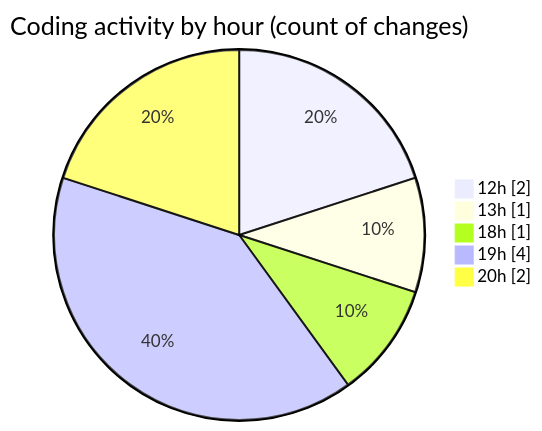
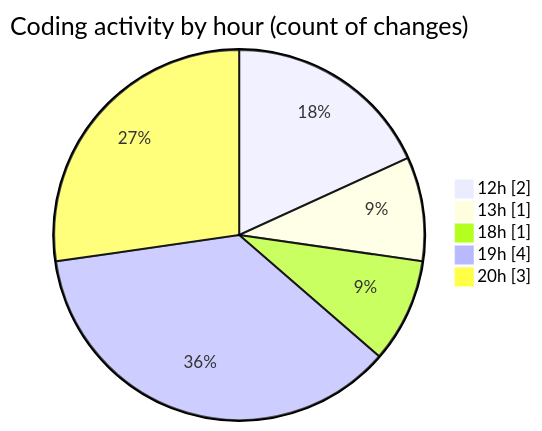
One commit to NitaiMahat/code-tracking changed the second of 2 diagrams in 2025-02-10/classwork/README.md. Above: the diagram before and after it, drawn with Mermaid. The commit also changed other lines of this file and 1 other file, not shown here.

````diff
--- a/2025-02-10/classwork/README.md
+++ b/2025-02-10/classwork/README.md
@@ -32,9 +33,9 @@
 ```mermaid
 pie showData
 title Coding activity by hour (count of changes)
 "12h" : 2
 "13h" : 1
 "18h" : 1
 "19h" : 4
-"20h" : 2
+"20h" : 3
 ```
````
